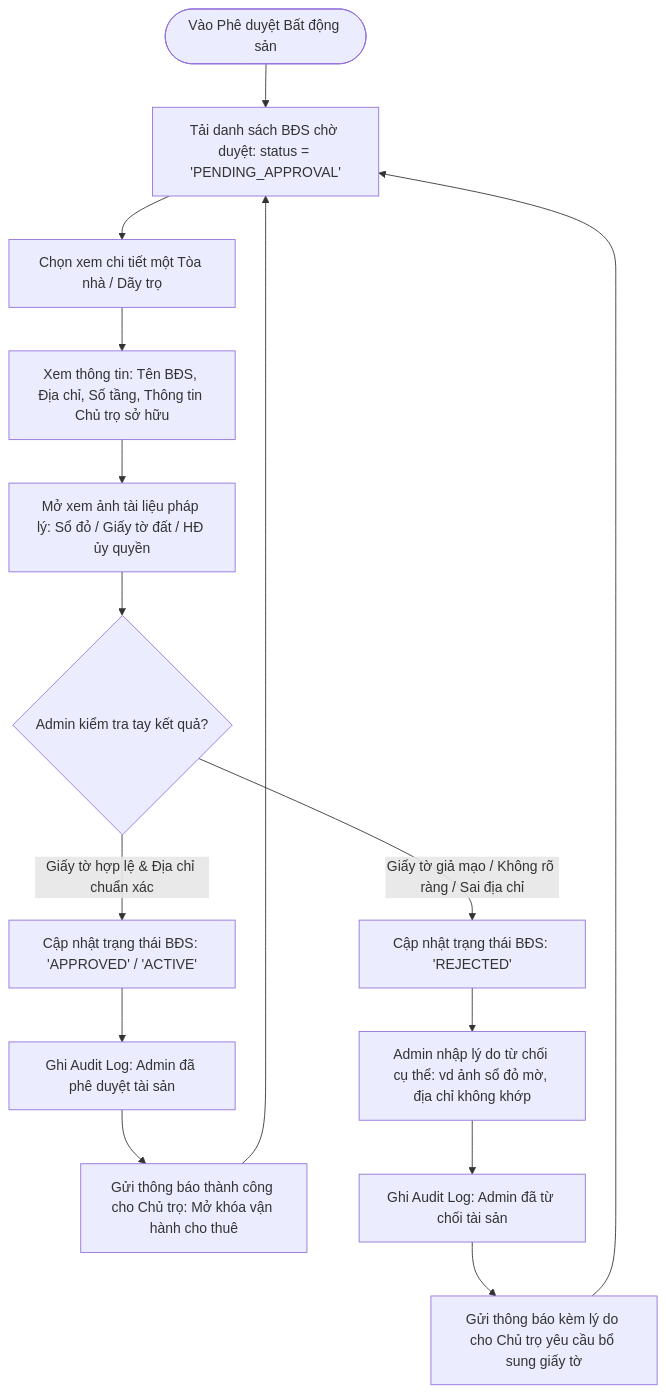
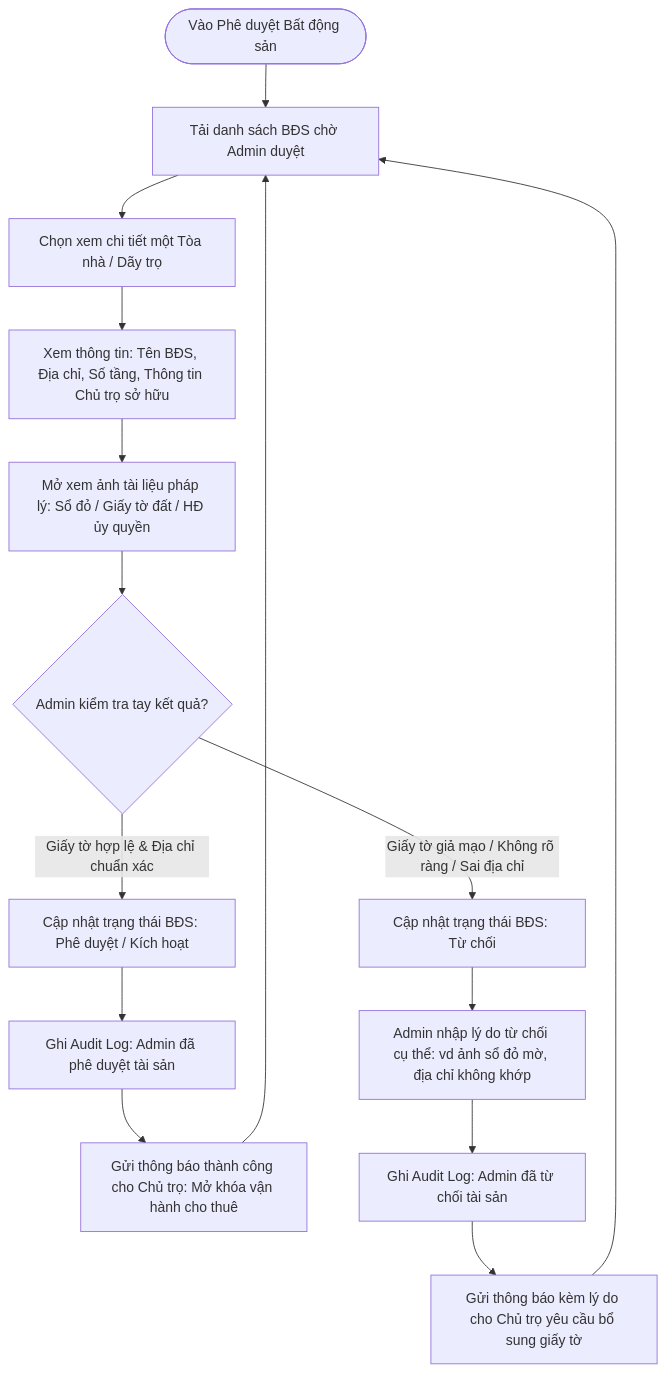
The fourth of 6 diagrams in phase-1/discovery/user_flow/admin_user_flow.md (pbl6-home-renter/docs), drawn with Mermaid before and after one commit. The commit also changed other lines of this file and 6 other files, not shown here.

````diff
--- a/phase-1/discovery/user_flow/admin_user_flow.md
+++ b/phase-1/discovery/user_flow/admin_user_flow.md
@@ -135,23 +110,23 @@
 ```mermaid
 flowchart TD
-    StartPropAudit([Vào Phê duyệt Bất động sản]) --> LoadPendingProps[Tải danh sách BĐS chờ duyệt: status = 'PENDING_APPROVAL']
+    StartPropAudit([Vào Phê duyệt Bất động sản]) --> LoadPendingProps[Tải danh sách BĐS chờ Admin duyệt]
     LoadPendingProps --> SelectProp[Chọn xem chi tiết một Tòa nhà / Dãy trọ]
     
     SelectProp --> ViewPropDetails[Xem thông tin: Tên BĐS, Địa chỉ, Số tầng, Thông tin Chủ trọ sở hữu]
     ViewPropDetails --> InspectLegalDoc[Mở xem ảnh tài liệu pháp lý: Sổ đỏ / Giấy tờ đất / HĐ ủy quyền]
     
     InspectLegalDoc --> ManualDecision{Admin kiểm tra tay kết quả?}
     
     %% Phê duyệt thành công
-    ManualDecision -->|Giấy tờ hợp lệ & Địa chỉ chuẩn xác| ApproveBuilding[Cập nhật trạng thái BĐS: 'APPROVED' / 'ACTIVE']
+    ManualDecision -->|Giấy tờ hợp lệ & Địa chỉ chuẩn xác| ApproveBuilding[Cập nhật trạng thái BĐS: Phê duyệt / Kích hoạt]
     ApproveBuilding --> WritePropAudit1[Ghi Audit Log: Admin đã phê duyệt tài sản]
     WritePropAudit1 --> NotifyLandlordPass[Gửi thông báo thành công cho Chủ trọ: Mở khóa vận hành cho thuê]
     NotifyLandlordPass --> LoadPendingProps
     
     %% Từ chối phê duyệt
-    ManualDecision -->|Giấy tờ giả mạo / Không rõ ràng / Sai địa chỉ| RejectBuilding[Cập nhật trạng thái BĐS: 'REJECTED']
+    ManualDecision -->|Giấy tờ giả mạo / Không rõ ràng / Sai địa chỉ| RejectBuilding[Cập nhật trạng thái BĐS: Từ chối]
     RejectBuilding --> InputRejectReason[Admin nhập lý do từ chối cụ thể: vd ảnh sổ đỏ mờ, địa chỉ không khớp]
     InputRejectReason --> WritePropAudit2[Ghi Audit Log: Admin đã từ chối tài sản]
     WritePropAudit2 --> NotifyLandlordFail[Gửi thông báo kèm lý do cho Chủ trọ yêu cầu bổ sung giấy tờ]
     NotifyLandlordFail --> LoadPendingProps
 ```
````
